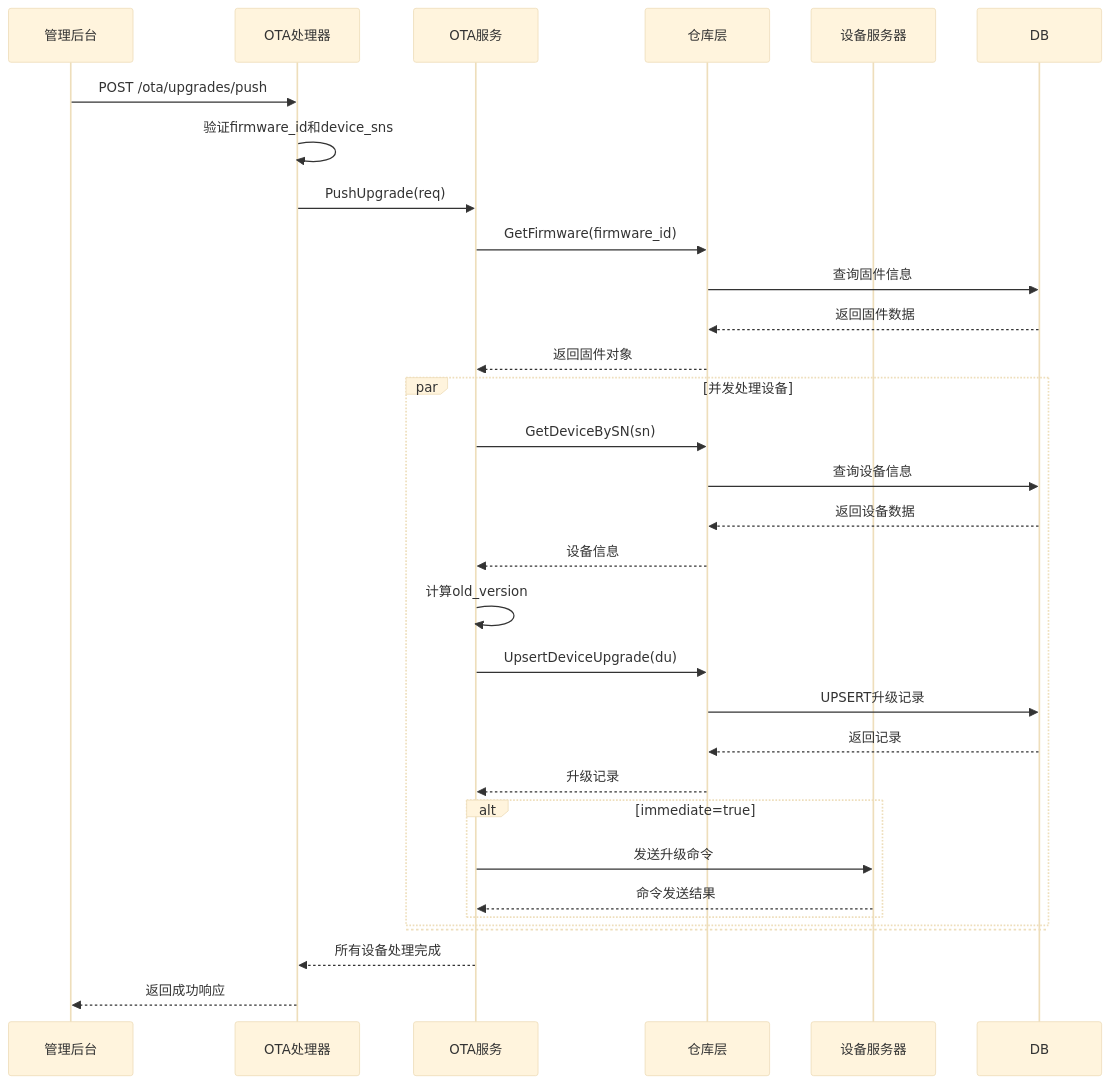
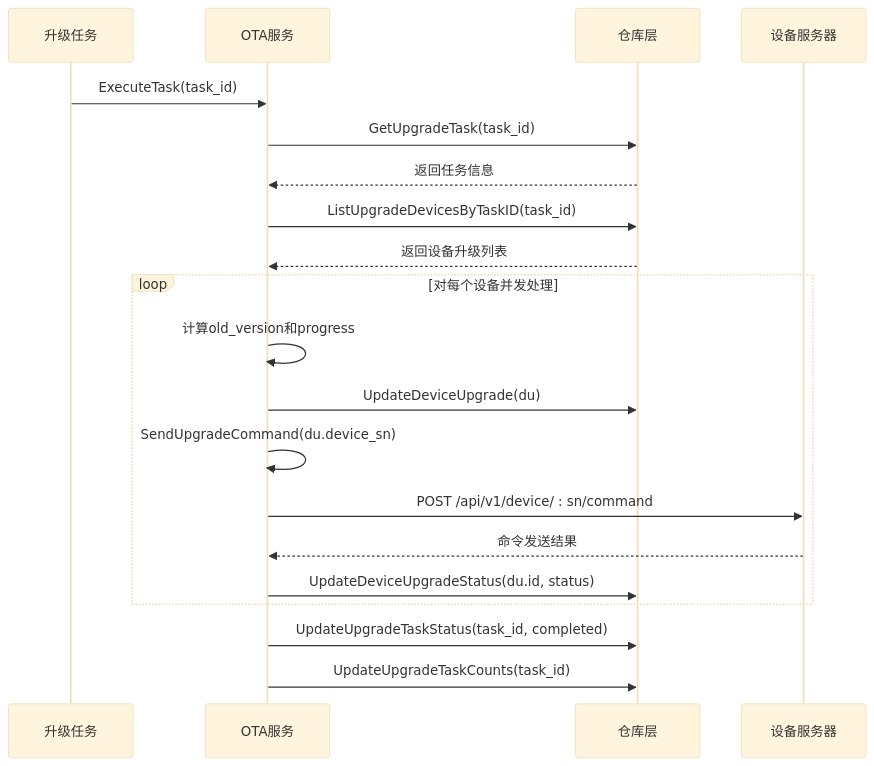
Before and after one commit to mcmrzy/cs_inv_monitor-develop: the fifth of 8 diagrams in .qoder/repowiki/zh/content/OTA升级系统/OTA任务调度/OTA任务创建.md, drawn with Mermaid (base theme). The commit also changed other lines of this file and 128 other files, not shown here.

````diff
--- a/.qoder/repowiki/zh/content/OTA升级系统/OTA任务调度/OTA任务创建.md
+++ b/.qoder/repowiki/zh/content/OTA升级系统/OTA任务调度/OTA任务创建.md
@@ -256,33 +288,22 @@
 ```mermaid
 sequenceDiagram
-participant Admin as 管理后台
-participant Handler as OTA处理器
+participant Task as 升级任务
 participant Service as OTA服务
 participant Repo as 仓库层
 participant DeviceServer as 设备服务器
-Admin->>Handler : POST /ota/upgrades/push
-Handler->>Handler : 验证firmware_id和device_sns
-Handler->>Service : PushUpgrade(req)
-Service->>Repo : GetFirmware(firmware_id)
-Repo->>DB : 查询固件信息
-DB-->>Repo : 返回固件数据
-Repo-->>Service : 返回固件对象
-par 并发处理设备
-Service->>Repo : GetDeviceBySN(sn)
-Repo->>DB : 查询设备信息
-DB-->>Repo : 返回设备数据
-Repo-->>Service : 设备信息
-Service->>Service : 计算old_version
-Service->>Repo : UpsertDeviceUpgrade(du)
-Repo->>DB : UPSERT升级记录
-DB-->>Repo : 返回记录
-Repo-->>Service : 升级记录
-alt immediate=true
-Service->>DeviceServer : 发送升级命令
+Task->>Service : ExecuteTask(task_id)
+Service->>Repo : GetUpgradeTask(task_id)
+Repo-->>Service : 返回任务信息
+Service->>Repo : ListUpgradeDevicesByTaskID(task_id)
+Repo-->>Service : 返回设备升级列表
+loop 对每个设备并发处理
+Service->>Service : 计算old_version和progress
+Service->>Repo : UpdateDeviceUpgrade(du)
+Service->>Service : SendUpgradeCommand(du.device_sn)
+Service->>DeviceServer : POST /api/v1/device/ : sn/command
 DeviceServer-->>Service : 命令发送结果
+Service->>Repo : UpdateDeviceUpgradeStatus(du.id, status)
 end
-and
-end
-Service-->>Handler : 所有设备处理完成
-Handler-->>Admin : 返回成功响应
+Service->>Repo : UpdateUpgradeTaskStatus(task_id, completed)
+Service->>Repo : UpdateUpgradeTaskCounts(task_id)
 ```
````
